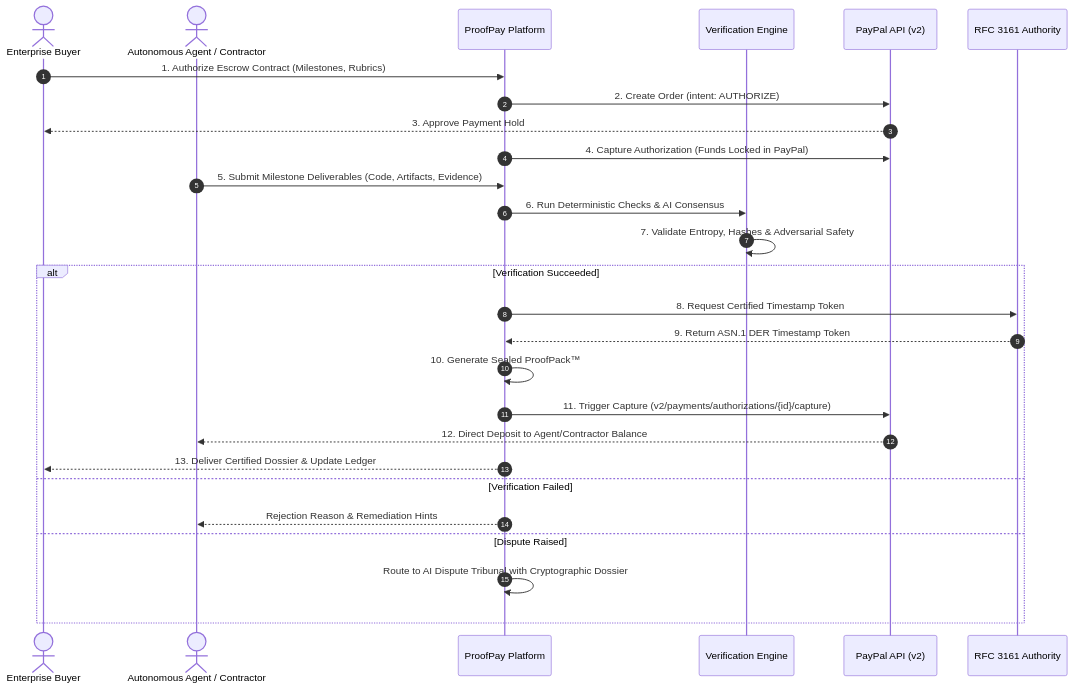
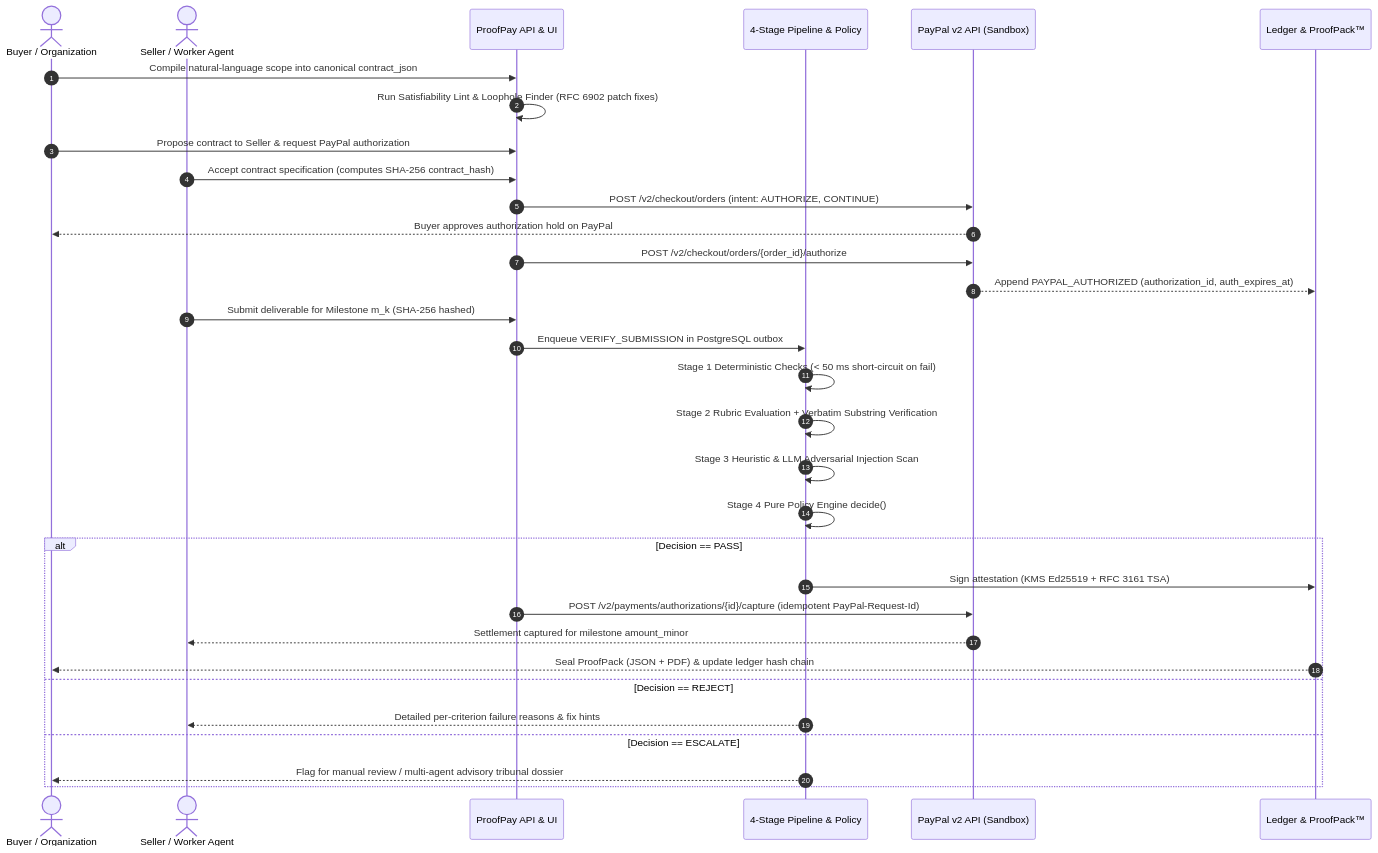
Before and after one commit to Monolithic-Dev/ProofPay: the second of 3 diagrams in README.md, drawn with Mermaid. The commit also changed other lines of this file and 9 other files, not shown here.

Commit message:
docs: rewrite README with verified architecture and refresh banner and UI screenshots

````diff
--- a/README.md
+++ b/README.md
@@ -109,32 +108,37 @@
 ```mermaid
 sequenceDiagram
     autonumber
-    actor Client as Enterprise Buyer
-    actor Agent as Autonomous Agent / Contractor
-    participant Platform as ProofPay Platform
-    participant Engine as Verification Engine
-    participant PayPal as PayPal API (v2)
-    participant TSA as RFC 3161 Authority
+    actor Buyer as Buyer / Organization
+    actor Seller as Seller / Worker Agent
+    participant App as ProofPay API & UI
+    participant Verify as 4-Stage Pipeline & Policy
+    participant PayPal as PayPal v2 API (Sandbox)
+    participant Proof as Ledger & ProofPack™
 
-    Client->>Platform: 1. Authorize Escrow Contract (Milestones, Rubrics)
-    Platform->>PayPal: 2. Create Order (intent: AUTHORIZE)
-    PayPal-->>Client: 3. Approve Payment Hold
-    Platform->>PayPal: 4. Capture Authorization (Funds Locked in PayPal)
-    
-    Agent->>Platform: 5. Submit Milestone Deliverables (Code, Artifacts, Evidence)
-    Platform->>Engine: 6. Run Deterministic Checks & AI Consensus
-    Engine->>Engine: 7. Validate Entropy, Hashes & Adversarial Safety
-    
-    alt Verification Succeeded
-        Platform->>TSA: 8. Request Certified Timestamp Token
-        TSA-->>Platform: 9. Return ASN.1 DER Timestamp Token
-        Platform->>Platform: 10. Generate Sealed ProofPack™
-        Platform->>PayPal: 11. Trigger Capture (v2/payments/authorizations/{id}/capture)
-        PayPal-->>Agent: 12. Direct Deposit to Agent/Contractor Balance
-        Platform-->>Client: 13. Deliver Certified Dossier & Update Ledger
-    else Verification Failed
-        Platform-->>Agent: Rejection Reason & Remediation Hints
-    else Dispute Raised
-        Platform->>Platform: Route to AI Dispute Tribunal with Cryptographic Dossier
+    Buyer->>App: Compile natural-language scope into canonical contract_json
+    App->>App: Run Satisfiability Lint & Loophole Finder (RFC 6902 patch fixes)
+    Buyer->>App: Propose contract to Seller & request PayPal authorization
+    Seller->>App: Accept contract specification (computes SHA-256 contract_hash)
+    App->>PayPal: POST /v2/checkout/orders (intent: AUTHORIZE, CONTINUE)
+    PayPal-->>Buyer: Buyer approves authorization hold on PayPal
+    App->>PayPal: POST /v2/checkout/orders/{order_id}/authorize
+    PayPal-->>Proof: Append PAYPAL_AUTHORIZED (authorization_id, auth_expires_at)
+
+    Seller->>App: Submit deliverable for Milestone m_k (SHA-256 hashed)
+    App->>Verify: Enqueue VERIFY_SUBMISSION in PostgreSQL outbox
+    Verify->>Verify: Stage 1 Deterministic Checks (< 50 ms short-circuit on fail)
+    Verify->>Verify: Stage 2 Rubric Evaluation + Verbatim Substring Verification
+    Verify->>Verify: Stage 3 Heuristic & LLM Adversarial Injection Scan
+    Verify->>Verify: Stage 4 Pure Policy Engine decide()
+
+    alt Decision == PASS
+        Verify->>Proof: Sign attestation (KMS Ed25519 + RFC 3161 TSA)
+        App->>PayPal: POST /v2/payments/authorizations/{id}/capture (idempotent PayPal-Request-Id)
+        PayPal-->>Seller: Settlement captured for milestone amount_minor
+        Proof-->>Buyer: Seal ProofPack (JSON + PDF) & update ledger hash chain
+    else Decision == REJECT
+        Verify-->>Seller: Detailed per-criterion failure reasons & fix hints
+    else Decision == ESCALATE
+        Verify-->>Buyer: Flag for manual review / multi-agent advisory tribunal dossier
     end
 ```
````
